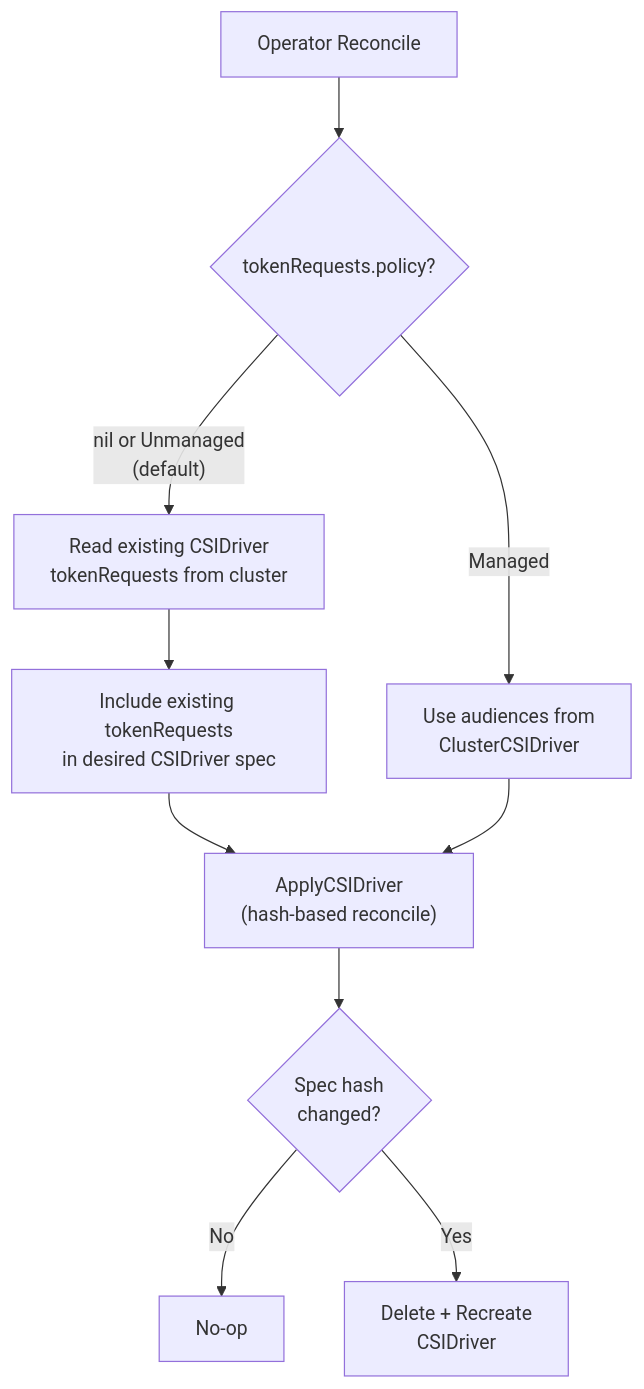
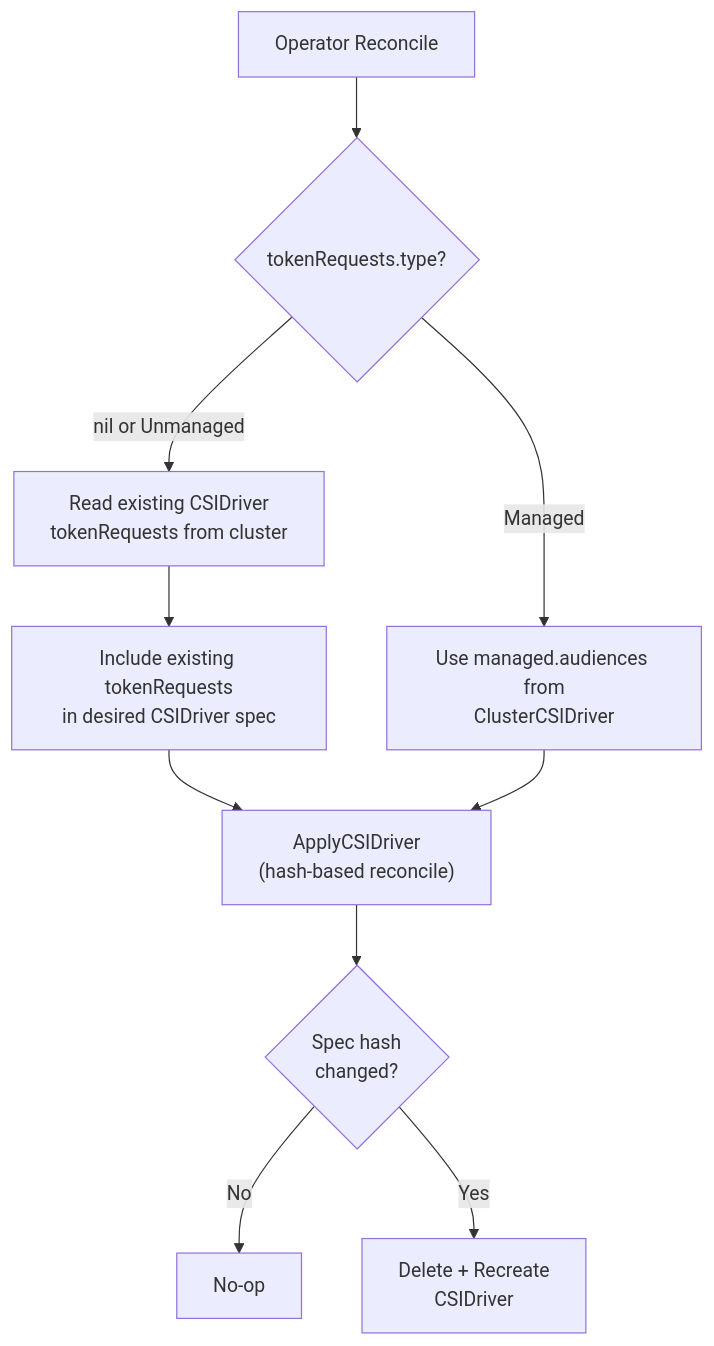
The second of 2 diagrams in enhancements/storage/csi-secrets-store-rotation-and-wif.md (openshift/enhancements), drawn with Mermaid before and after one commit. The commit also changed other lines of this file, not shown here.

````diff
--- a/enhancements/storage/csi-secrets-store-rotation-and-wif.md
+++ b/enhancements/storage/csi-secrets-store-rotation-and-wif.md
@@ -144,15 +144,15 @@
 ```mermaid
 flowchart TD
-    Start["Operator Reconcile"] --> CheckPolicy{"tokenRequests.policy?"}
+    Start["Operator Reconcile"] --> CheckType{"tokenRequests.type?"}
 
-    CheckPolicy -->|"nil or Unmanaged\n(default)"| ReadExisting["Read existing CSIDriver\ntokenRequests from cluster"]
+    CheckType -->|"nil or Unmanaged"| ReadExisting["Read existing CSIDriver\ntokenRequests from cluster"]
     ReadExisting --> Preserve["Include existing tokenRequests\nin desired CSIDriver spec"]
     Preserve --> Apply["ApplyCSIDriver\n(hash-based reconcile)"]
 
-    CheckPolicy -->|Managed| UseAudiences["Use audiences from\nClusterCSIDriver"]
+    CheckType -->|Managed| UseAudiences["Use managed.audiences from\nClusterCSIDriver"]
     UseAudiences --> Apply
 
     Apply --> HashCheck{"Spec hash\nchanged?"}
     HashCheck -->|No| NoOp["No-op"]
     HashCheck -->|Yes| Recreate["Delete + Recreate\nCSIDriver"]
 ```
````
